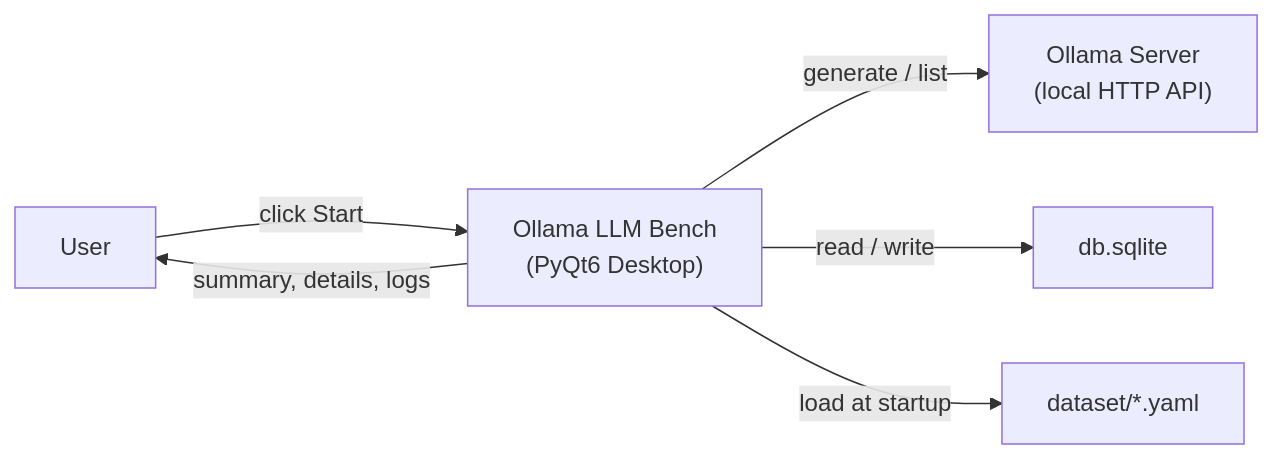
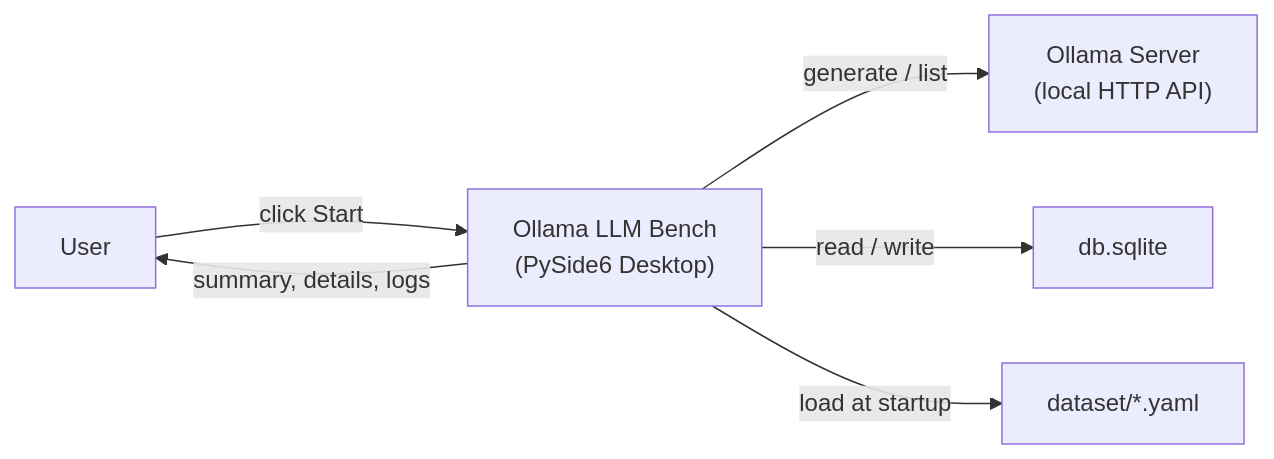
The diagram in docs/README.md (sanyokkua/ollama_llm_bench), drawn with Mermaid before and after one commit. The commit also changed other lines of this file and 61 other files, not shown here.

````diff
--- a/docs/README.md
+++ b/docs/README.md
@@ -98,14 +98,14 @@
 ```mermaid
 flowchart LR
     user["User"]
-    app["Ollama LLM Bench<br/>(PyQt6 Desktop)"]
+    app["Ollama LLM Bench<br/>(PySide6 Desktop)"]
     ollama["Ollama Server<br/>(local HTTP API)"]
     sqlite["db.sqlite"]
     yaml["dataset/*.yaml"]
 
     user -->|click Start| app
     app -->|generate / list| ollama
     app -->|read / write| sqlite
     app -->|load at startup| yaml
     app -->|summary, details, logs| user
 ```
````
